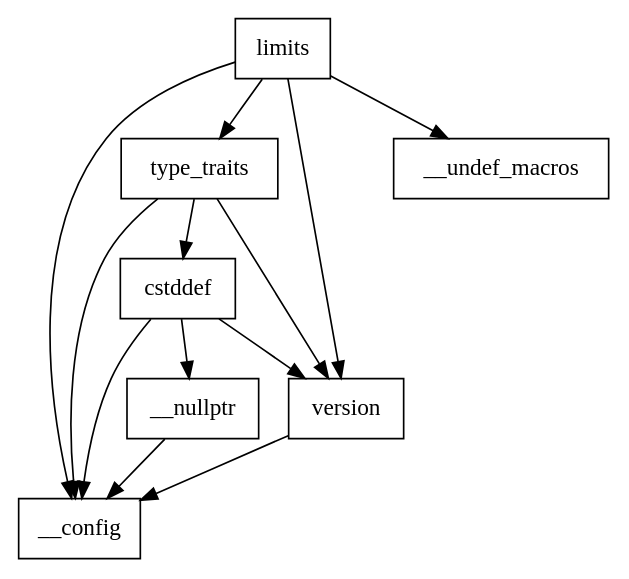
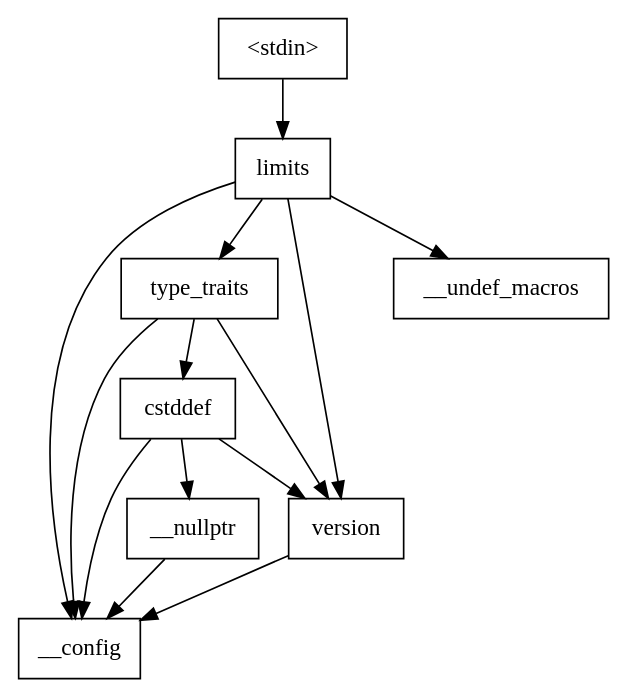
The diagram in header_deps_libcxx_only/limits.dot (efcs/libcxx), drawn with Graphviz before and after one commit. The commit also changed 222 other files, not shown here.

```diff
--- a/header_deps_libcxx_only/limits.dot
+++ b/header_deps_libcxx_only/limits.dot
@@ -1,21 +1,23 @@
 digraph "dependencies" {
-  header_1 [ shape="box", label="limits"];
-  header_2 [ shape="box", label="__config"];
-  header_11 [ shape="box", label="type_traits"];
-  header_12 [ shape="box", label="cstddef"];
-  header_13 [ shape="box", label="version"];
-  header_16 [ shape="box", label="__nullptr"];
-  header_17 [ shape="box", label="__undef_macros"];
-  header_1 -> header_2;
-  header_1 -> header_11;
-  header_1 -> header_17;
-  header_1 -> header_13;
+  header_0 [ shape="box", label="\<stdin\>" ];
+  header_1 [ shape="box", label="limits" ];
+  header_11 [ shape="box", label="type_traits" ];
+  header_12 [ shape="box", label="cstddef" ];
+  header_13 [ shape="box", label="version" ];
+  header_16 [ shape="box", label="__nullptr" ];
+  header_17 [ shape="box", label="__undef_macros" ];
+  header_2 [ shape="box", label="__config" ];
+  header_16 -> header_2;
   header_11 -> header_2;
   header_11 -> header_12;
   header_11 -> header_13;
-  header_13 -> header_2;
-  header_16 -> header_2;
+  header_12 -> header_16;
   header_12 -> header_2;
   header_12 -> header_13;
-  header_12 -> header_16;
+  header_13 -> header_2;
+  header_0 -> header_1;
+  header_1 -> header_17;
+  header_1 -> header_2;
+  header_1 -> header_11;
+  header_1 -> header_13;
 }
```
